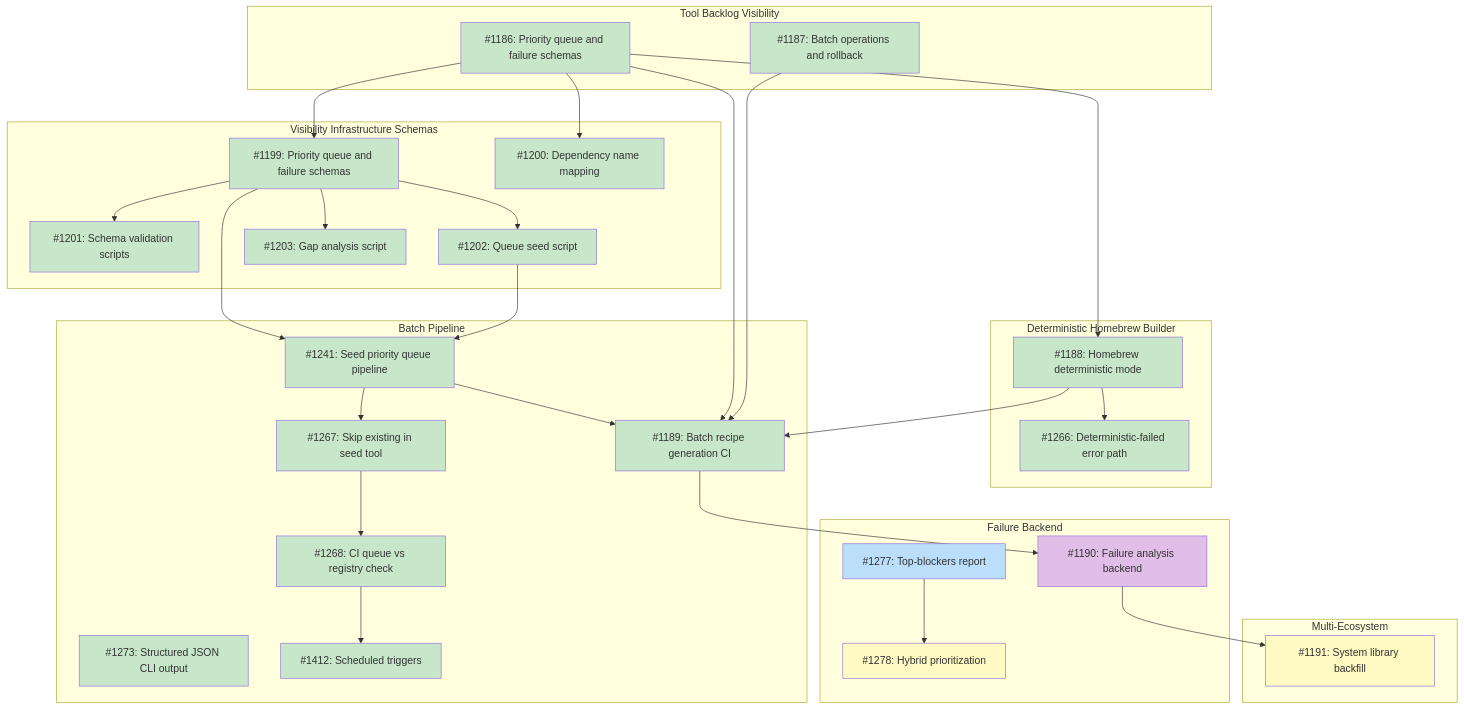
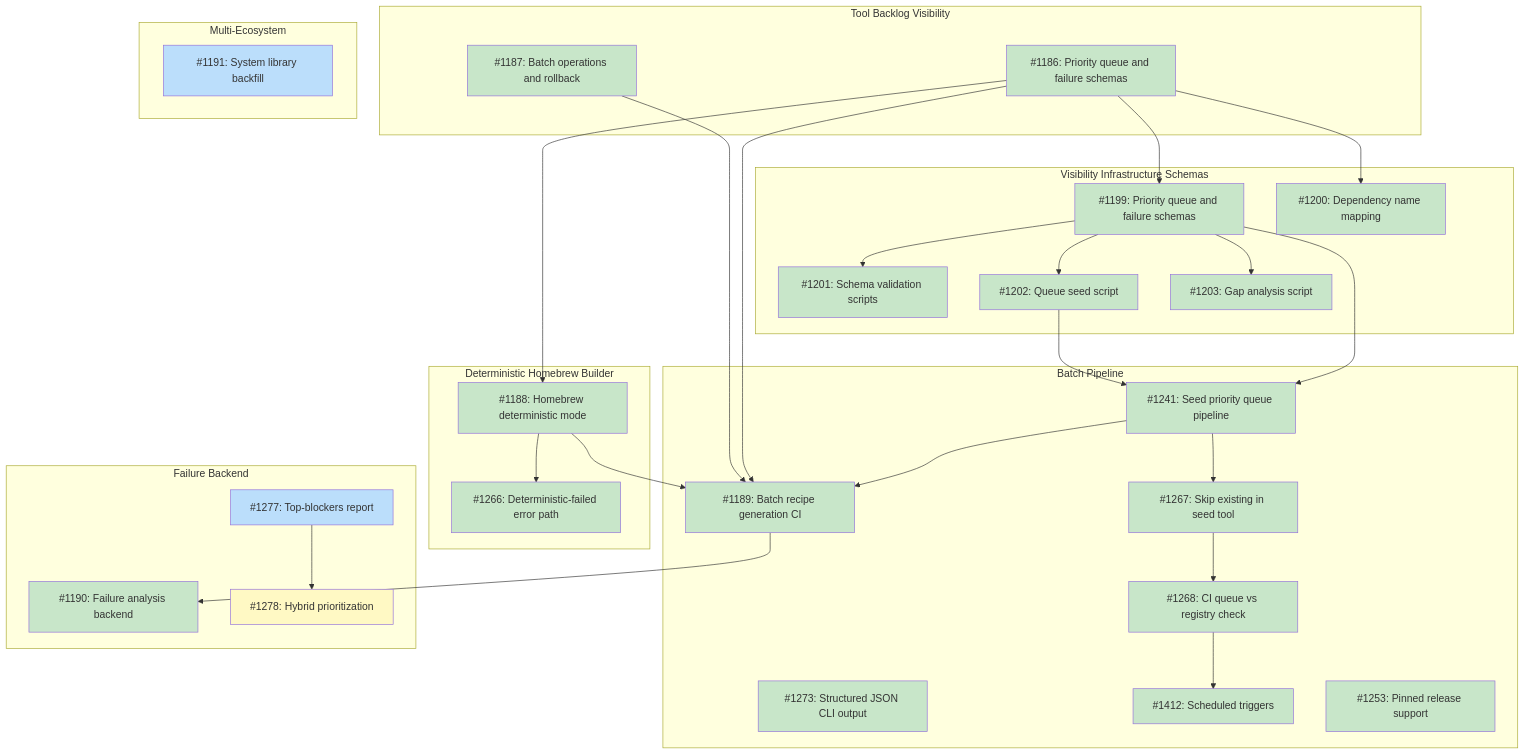
One commit to tsukumogami/tsuku changed the diagram in docs/designs/DESIGN-registry-scale-strategy.md. Above: the diagram before and after it, drawn with Mermaid. The commit also changed other lines of this file, not shown here.

````diff
--- a/docs/designs/DESIGN-registry-scale-strategy.md
+++ b/docs/designs/DESIGN-registry-scale-strategy.md
@@ -101,6 +103,7 @@
         I1268["#1268: CI queue vs registry check"]
         I1273["#1273: Structured JSON CLI output"]
         I1412["#1412: Scheduled triggers"]
+        I1253["#1253: Pinned release support"]
     end
 
     subgraph M_FailureBackend["Failure Backend"]
@@ -130,7 +133,6 @@
     I1267 --> I1268
     I1268 --> I1412
     I1189 --> I1190
-    I1190 --> I1191
     I1277 --> I1278
 
     classDef done fill:#c8e6c9
@@ -151,9 +153,10 @@
     class I1268 done
     class I1273 done
     class I1266 done
-    class I1190 needsDesign
+    class I1412 done
+    class I1253 done
+    class I1190 done
     class I1277 ready
     class I1278 blocked
-    class I1412 done
-    class I1191 blocked
+    class I1191 ready
 ```
````
